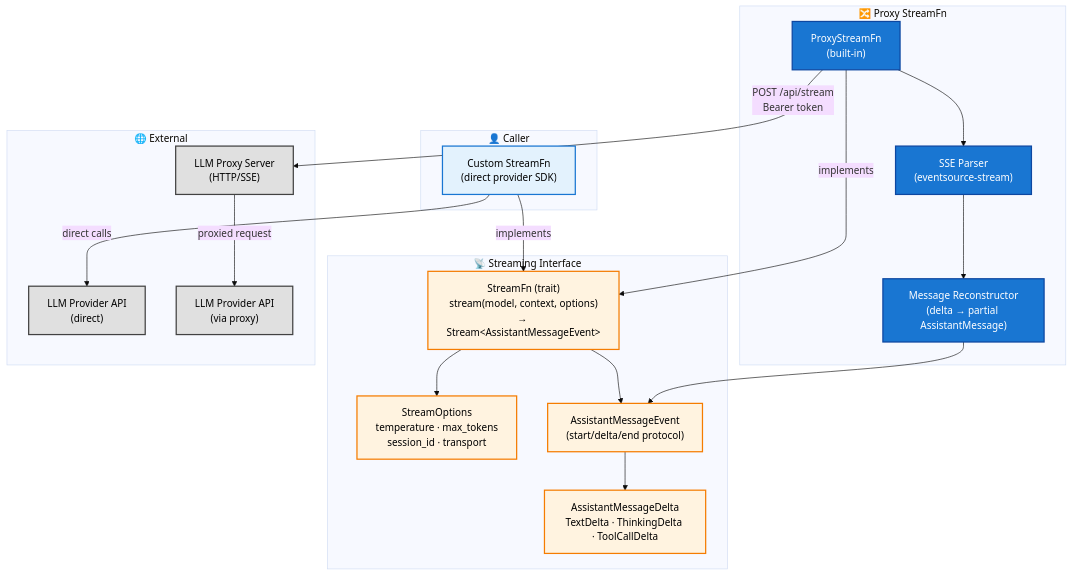
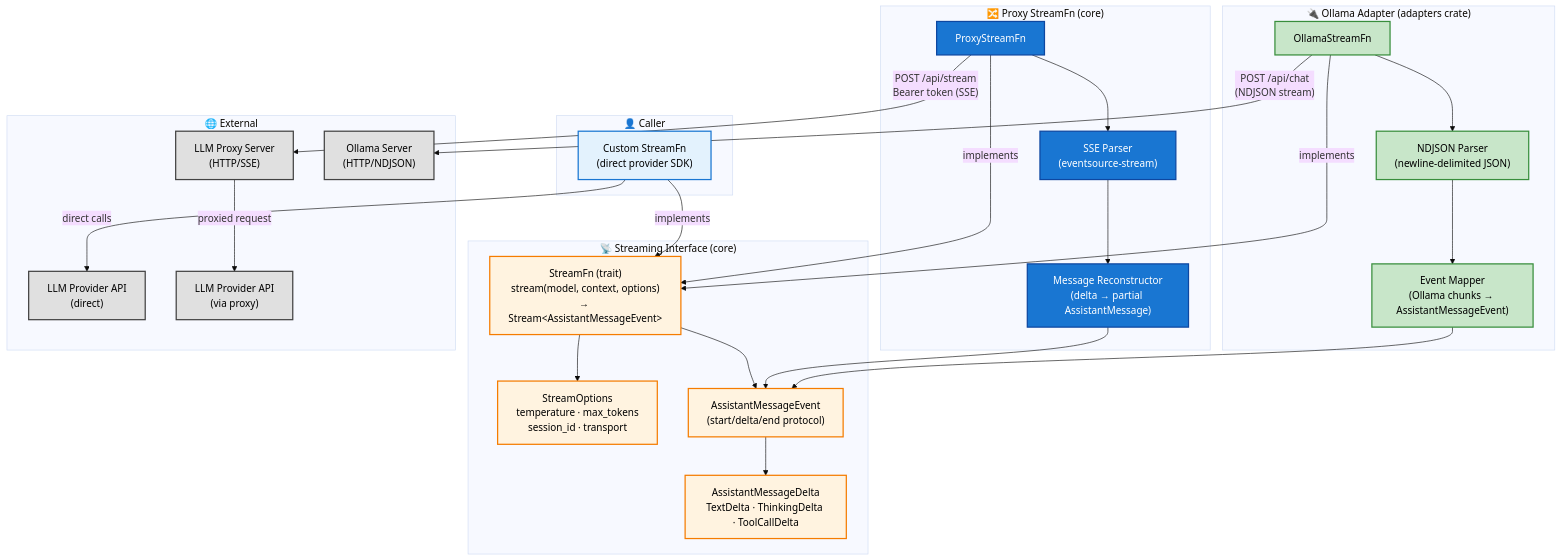
Before and after one commit to SuperSwinkAI/Swink-Agent: the first of 6 diagrams in docs/architecture/streaming/README.md, drawn with Mermaid (base theme). The commit also changed other lines of this file and 26 other files, not shown here.

First line of the commit message:
Implement TUI phases T2–T4, Ollama adapter, and resolve QA findings

````diff
--- a/docs/architecture/streaming/README.md
+++ b/docs/architecture/streaming/README.md
@@ -12,47 +19,61 @@
 ```mermaid
 flowchart TB
     subgraph CallerLayer["👤 Caller"]
         CallerStreamFn["Custom StreamFn<br/>(direct provider SDK)"]
     end
 
-    subgraph StreamLayer["📡 Streaming Interface"]
+    subgraph StreamLayer["📡 Streaming Interface (core)"]
         StreamFnTrait["StreamFn (trait)<br/>stream(model, context, options)<br/>→ Stream&lt;AssistantMessageEvent&gt;"]
         StreamOptions["StreamOptions<br/>temperature · max_tokens<br/>session_id · transport"]
         EventTypes["AssistantMessageEvent<br/>(start/delta/end protocol)"]
         Delta["AssistantMessageDelta<br/>TextDelta · ThinkingDelta · ToolCallDelta"]
     end
 
-    subgraph ProxyLayer["🔀 Proxy StreamFn"]
-        ProxyStreamFn["ProxyStreamFn<br/>(built-in)"]
+    subgraph ProxyLayer["🔀 Proxy StreamFn (core)"]
+        ProxyStreamFn["ProxyStreamFn"]
         SSEParser["SSE Parser<br/>(eventsource-stream)"]
         Reconstructor["Message Reconstructor<br/>(delta → partial AssistantMessage)"]
+    end
+
+    subgraph OllamaLayer["🔌 Ollama Adapter (adapters crate)"]
+        OllamaStreamFn["OllamaStreamFn"]
+        NDJSONParser["NDJSON Parser<br/>(newline-delimited JSON)"]
+        OllamaMapper["Event Mapper<br/>(Ollama chunks → AssistantMessageEvent)"]
     end
 
     subgraph ExternalLayer["🌐 External"]
         DirectProvider["LLM Provider API<br/>(direct)"]
         ProxyServer["LLM Proxy Server<br/>(HTTP/SSE)"]
         BackendProvider["LLM Provider API<br/>(via proxy)"]
+        OllamaServer["Ollama Server<br/>(HTTP/NDJSON)"]
     end
 
     CallerStreamFn -->|"implements"| StreamFnTrait
     ProxyStreamFn -->|"implements"| StreamFnTrait
+    OllamaStreamFn -->|"implements"| StreamFnTrait
     StreamFnTrait --> StreamOptions
     StreamFnTrait --> EventTypes
     EventTypes --> Delta
     ProxyStreamFn --> SSEParser
     SSEParser --> Reconstructor
     Reconstructor --> EventTypes
+    OllamaStreamFn --> NDJSONParser
+    NDJSONParser --> OllamaMapper
+    OllamaMapper --> EventTypes
     CallerStreamFn -->|"direct calls"| DirectProvider
-    ProxyStreamFn -->|"POST /api/stream<br/>Bearer token"| ProxyServer
+    ProxyStreamFn -->|"POST /api/stream<br/>Bearer token (SSE)"| ProxyServer
     ProxyServer -->|"proxied request"| BackendProvider
+    OllamaStreamFn -->|"POST /api/chat<br/>(NDJSON stream)"| OllamaServer
 
     classDef callerStyle fill:#e3f2fd,stroke:#1976d2,stroke-width:2px,color:#000
     classDef streamStyle fill:#fff3e0,stroke:#f57c00,stroke-width:2px,color:#000
     classDef proxyStyle fill:#1976d2,stroke:#0d47a1,stroke-width:2px,color:#fff
+    classDef adapterStyle fill:#c8e6c9,stroke:#388e3c,stroke-width:2px,color:#000
     classDef externalStyle fill:#e0e0e0,stroke:#424242,stroke-width:2px,color:#000
 
     class CallerStreamFn callerStyle
     class StreamFnTrait,StreamOptions,EventTypes,Delta streamStyle
     class ProxyStreamFn,SSEParser,Reconstructor proxyStyle
-    class DirectProvider,ProxyServer,BackendProvider externalStyle
+    class OllamaStreamFn,NDJSONParser,OllamaMapper adapterStyle
+    class DirectProvider,ProxyServer,BackendProvider,OllamaServer externalStyle
 ```
````
